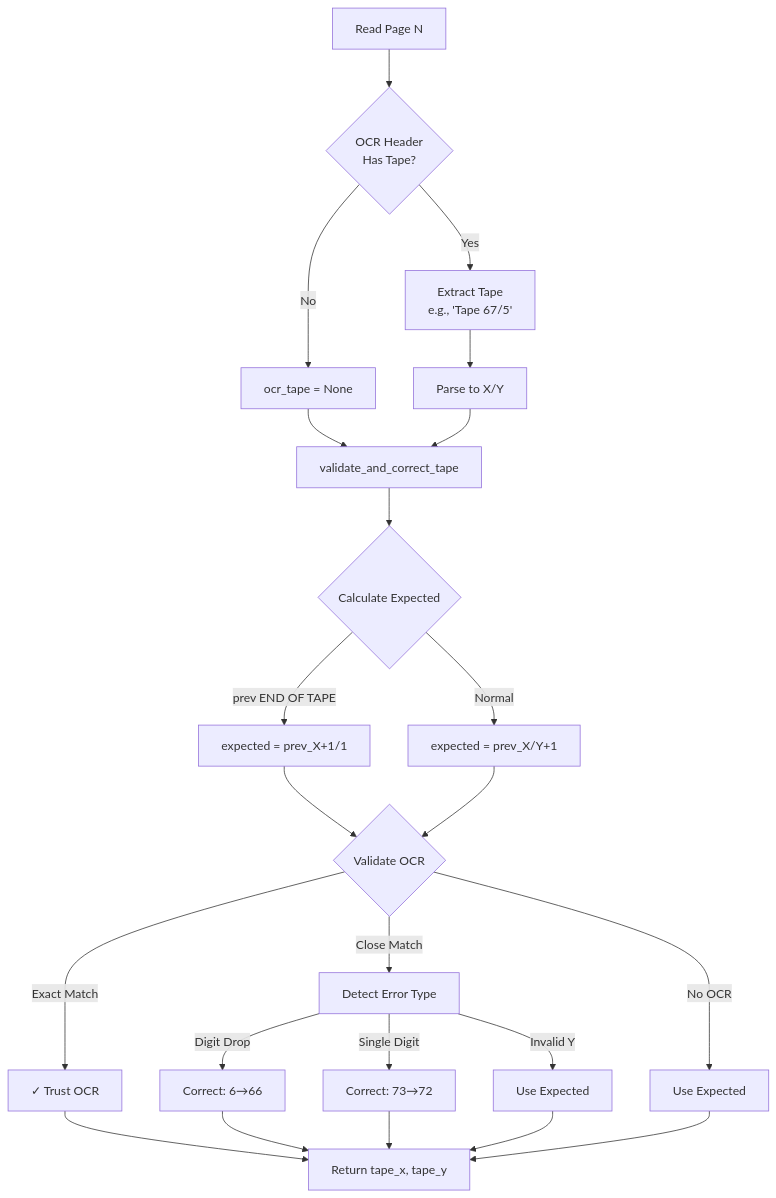
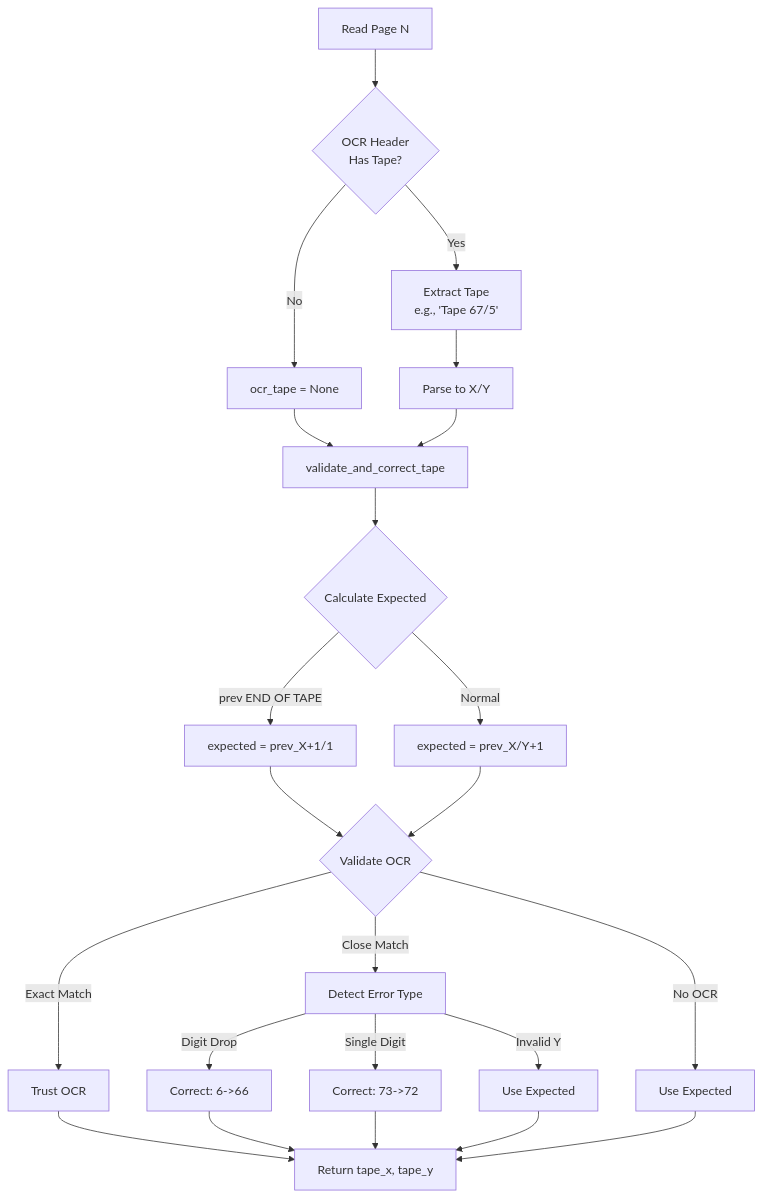
The fifth of 5 diagrams in docs/POST_PROCESSING.md (JeanLouisParent/Nasa-Transcript-Processor), drawn with Mermaid before and after one commit. The commit also changed other lines of this file and 7 other files, not shown here.

````diff
--- a/docs/POST_PROCESSING.md
+++ b/docs/POST_PROCESSING.md
@@ -350,30 +350,30 @@
 ```mermaid
 flowchart TD
     A[Read Page N] --> B{OCR Header<br/>Has Tape?}
     B -->|Yes| C[Extract Tape<br/>e.g., 'Tape 67/5']
     B -->|No| D[ocr_tape = None]
     C --> E[Parse to X/Y]
     D --> F[validate_and_correct_tape]
     E --> F
 
     F --> G{Calculate Expected}
     G -->|prev END OF TAPE| H[expected = prev_X+1/1]
     G -->|Normal| I[expected = prev_X/Y+1]
 
     H --> J{Validate OCR}
     I --> J
 
-    J -->|Exact Match| K[✓ Trust OCR]
+    J -->|Exact Match| K[Trust OCR]
     J -->|Close Match| L[Detect Error Type]
     J -->|No OCR| M[Use Expected]
 
-    L -->|Digit Drop| N[Correct: 6→66]
-    L -->|Single Digit| O[Correct: 73→72]
+    L -->|Digit Drop| N[Correct: 6->66]
+    L -->|Single Digit| O[Correct: 73->72]
     L -->|Invalid Y| P[Use Expected]
 
     K --> Q[Return tape_x, tape_y]
     N --> Q
     O --> Q
     P --> Q
     M --> Q
 ```
````
